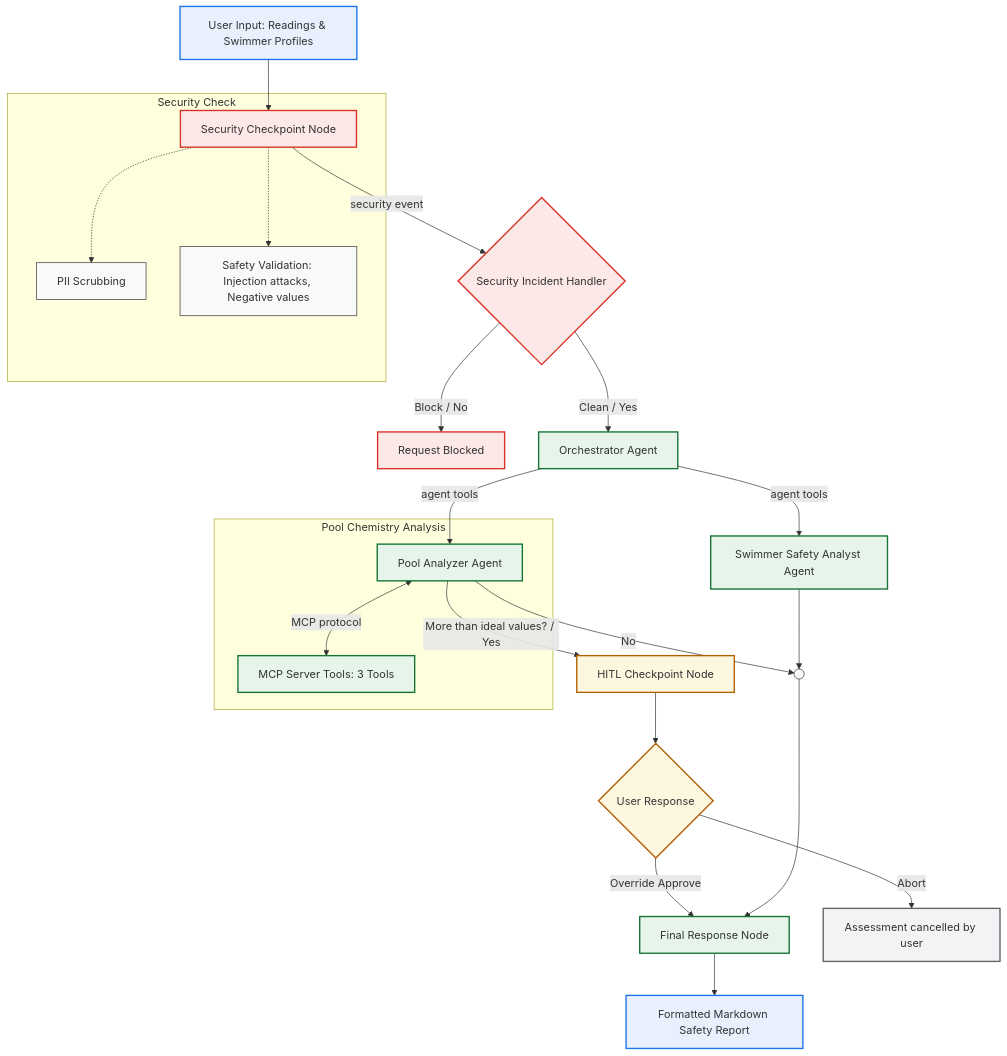
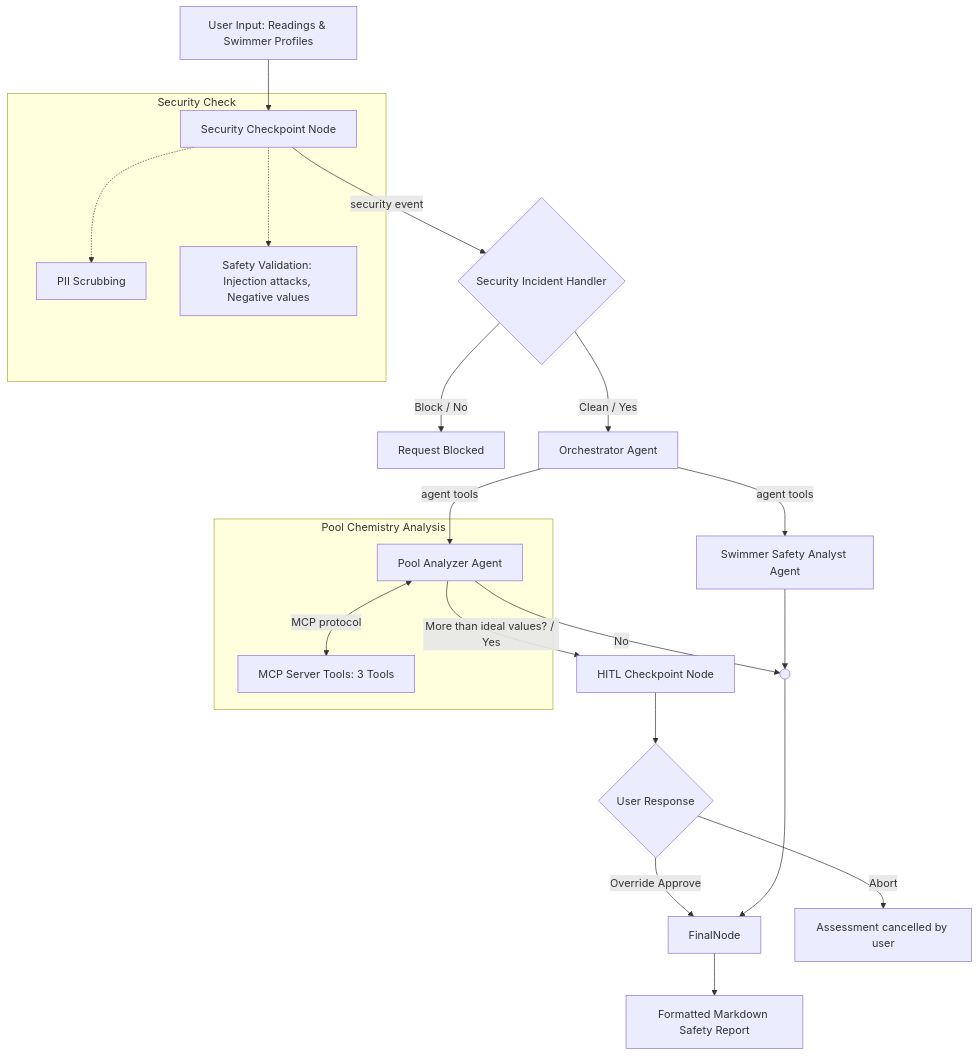
One commit to sowmyaguda/SwimsafeAI changed the diagram in README.md. Above: the diagram before and after it, drawn with Mermaid.

Commit message:
Revert "Style Mermaid diagram with color coding for high legibility"
This reverts commit 75beda5ddf9475491963d71e1cd2dead76cc8d56.

````diff
--- a/README.md
+++ b/README.md
@@ -51,51 +51,37 @@
 ```mermaid
 graph TD
     START[User Input: Readings & Swimmer Profiles] --> SecCheck[Security Checkpoint Node]
     
     subgraph Security Check
         SecCheck
         PII[PII Scrubbing]
         Val[Safety Validation: Injection attacks, Negative values]
         SecCheck -.-> PII
         SecCheck -.-> Val
     end
 
     SecCheck -->|security event| SecHandler{Security Incident Handler}
     SecHandler -->|Block / No| Blocked[Request Blocked]
     SecHandler -->|Clean / Yes| Orch[Orchestrator Agent]
     
     Orch -->|agent tools| PoolAna
     Orch -->|agent tools| SwimAna[Swimmer Safety Analyst Agent]
     
     subgraph Pool Chemistry Analysis
         PoolAna[Pool Analyzer Agent]
         MCPServer[MCP Server Tools: 3 Tools]
         PoolAna <-->|MCP protocol| MCPServer
     end
     
     PoolAna -->|More than ideal values? / Yes| HITL[HITL Checkpoint Node]
     PoolAna -->|No| Join(( ))
     SwimAna --> Join
     
     HITL --> UserConfirm{User Response}
-    UserConfirm -->|Override Approve| FinalNode[Final Response Node]
+    UserConfirm -->|Override Approve| FinalNode
     UserConfirm -->|Abort| Cancelled[Assessment cancelled by user]
     
     Join --> FinalNode
     
     FinalNode --> Output[Formatted Markdown Safety Report]
-
-    %% Color Styling for Visual Legibility %%
-    classDef default fill:#f9f9f9,stroke:#333,stroke-width:1px;
-    classDef startEnd fill:#e8f0fe,stroke:#1a73e8,stroke-width:2px;
-    classDef security fill:#fce8e6,stroke:#d93025,stroke-width:2px;
-    classDef agent fill:#e6f4ea,stroke:#137333,stroke-width:2px;
-    classDef decision fill:#fef7e0,stroke:#b06000,stroke-width:2px;
-    classDef cancel fill:#f1f3f4,stroke:#5f6368,stroke-width:2px;
-    
-    class START,Output startEnd;
-    class SecCheck,SecHandler,Blocked security;
-    class Orch,PoolAna,SwimAna,MCPServer,FinalNode agent;
-    class UserConfirm,HITL decision;
-    class Cancelled cancel;
 ```
````
